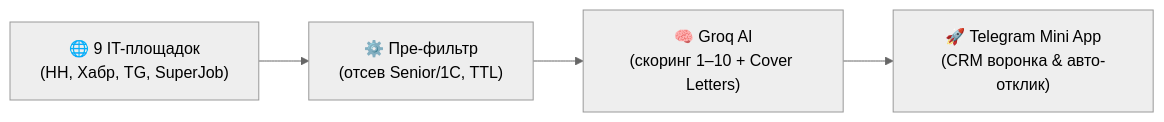
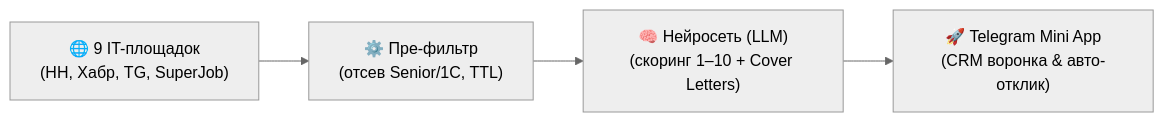
Before and after one commit to nikitos7626/career-hub-bot: the diagram in README.md, drawn with Mermaid (neutral theme). The commit also changed other lines of this file, not shown here.

Commit message:
Make AI/LLM references vendor-agnostic in README and pipeline diagram

````diff
--- a/README.md
+++ b/README.md
@@ -27,6 +27,6 @@
 ```mermaid
 flowchart LR
     A["🌐 9 IT-площадок<br/>(HH, Хабр, TG, SuperJob)"] --> B["⚙️ Пре-фильтр<br/>(отсев Senior/1C, TTL)"]
-    B --> C["🧠 Groq AI<br/>(скоринг 1–10 + Cover Letters)"]
+    B --> C["🧠 Нейросеть (LLM)<br/>(скоринг 1–10 + Cover Letters)"]
     C --> D["🚀 Telegram Mini App<br/>(CRM воронка & авто-отклик)"]
 ```
````
